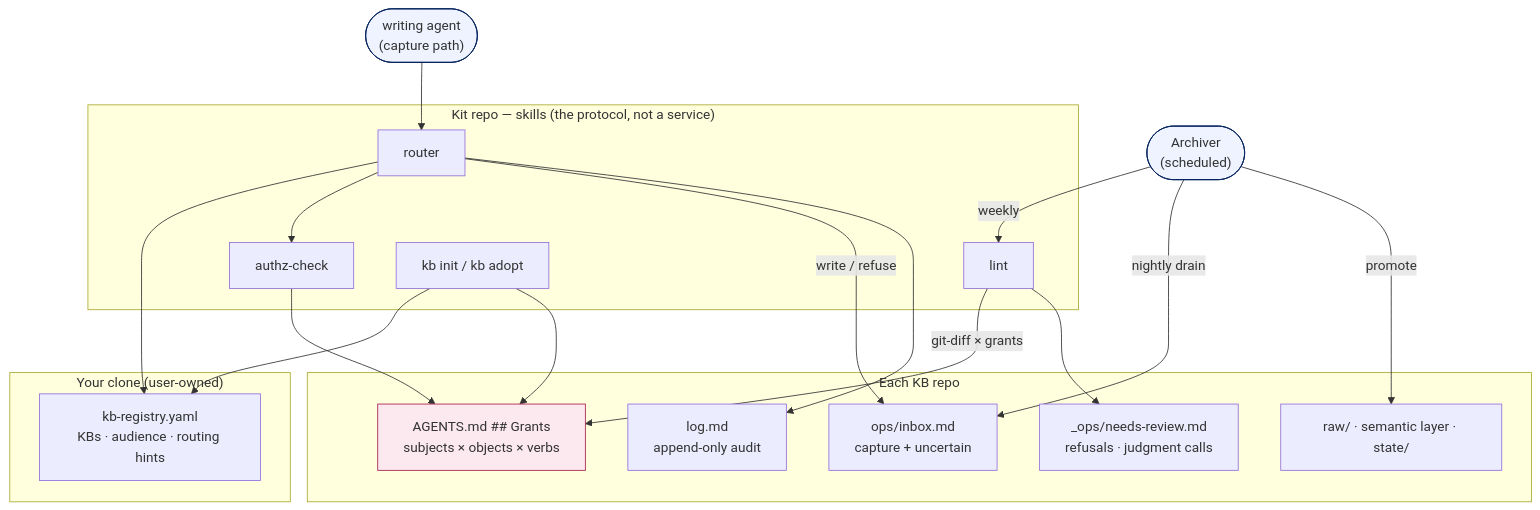
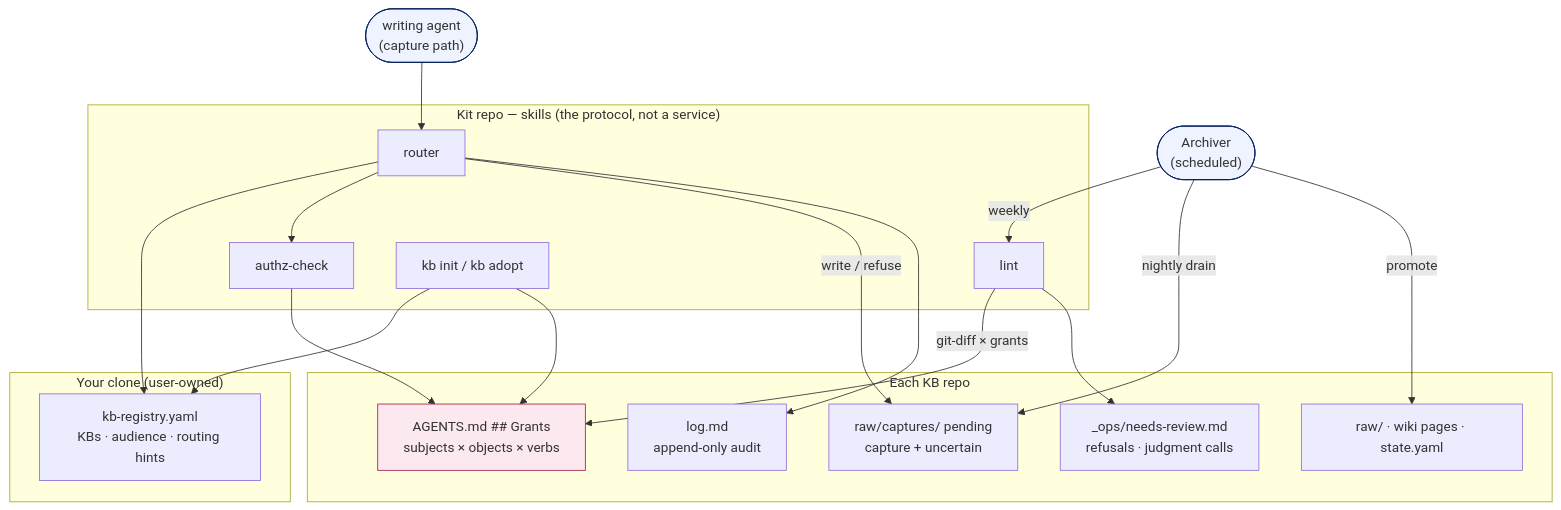
One commit to AlmogBaku/aos changed the first of 5 diagrams in design/kb-authorization.md. Above: the diagram before and after it, drawn with Mermaid. The commit also changed other lines of this file and 8 other files, not shown here.

````diff
--- a/design/kb-authorization.md
+++ b/design/kb-authorization.md
@@ -51,36 +51,36 @@
 ```mermaid
 flowchart TB
     subgraph kit["Kit repo — skills (the protocol, not a service)"]
       RT["router"]
       AZ["authz-check"]
       LN["lint"]
       IA["kb init / kb adopt"]
     end
     subgraph clone["Your clone (user-owned)"]
       REG["kb-registry.yaml<br/>KBs · audience · routing hints"]
     end
     subgraph kbrepo["Each KB repo"]
       GR["AGENTS.md ## Grants<br/>subjects × objects × verbs"]
-      INB["ops/inbox.md<br/>capture + uncertain"]
+      INB["raw/captures/ pending<br/>capture + uncertain"]
       NR["_ops/needs-review.md<br/>refusals · judgment calls"]
       LOG["log.md<br/>append-only audit"]
-      DATA["raw/ · semantic layer · state/"]
+      DATA["raw/ · wiki pages · state.yaml"]
     end
     WA(["writing agent<br/>(capture path)"]) --> RT
     RT --> REG
     RT --> AZ
     AZ --> GR
     RT -->|write / refuse| INB
     RT --> LOG
     AR(["Archiver<br/>(scheduled)"]) -->|nightly drain| INB
     AR -->|weekly| LN
     LN -->|"git-diff × grants"| GR
     LN --> NR
     AR -->|promote| DATA
     IA --> REG
     IA --> GR
 
     style WA fill:#EEF3FF,stroke:#001F5C
     style AR fill:#EEF3FF,stroke:#001F5C
     style GR fill:#FCE9EF,stroke:#A61E4D
 ```
````
